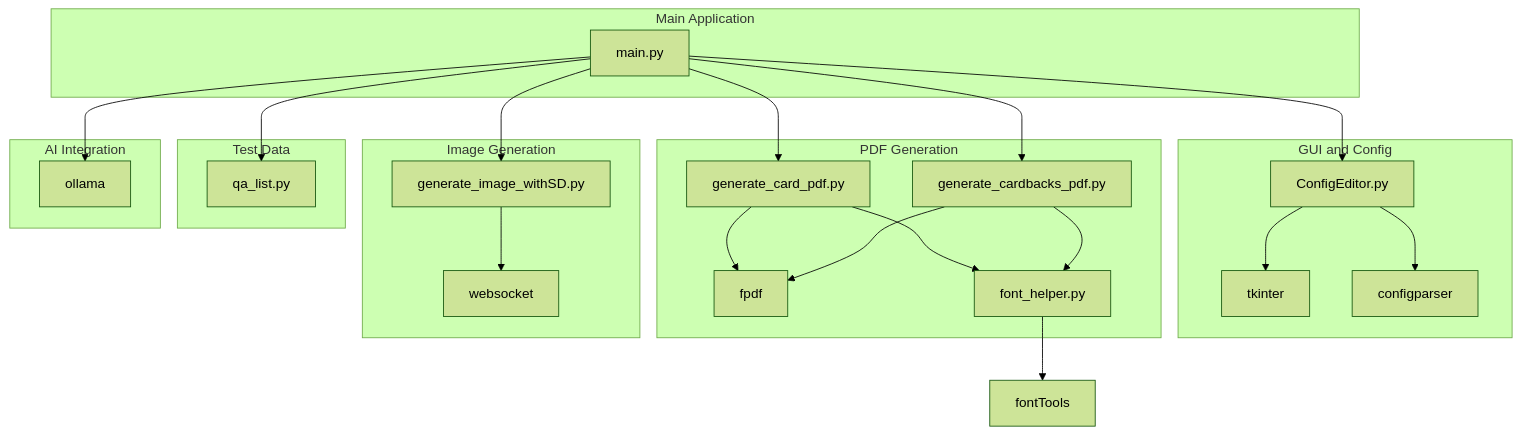
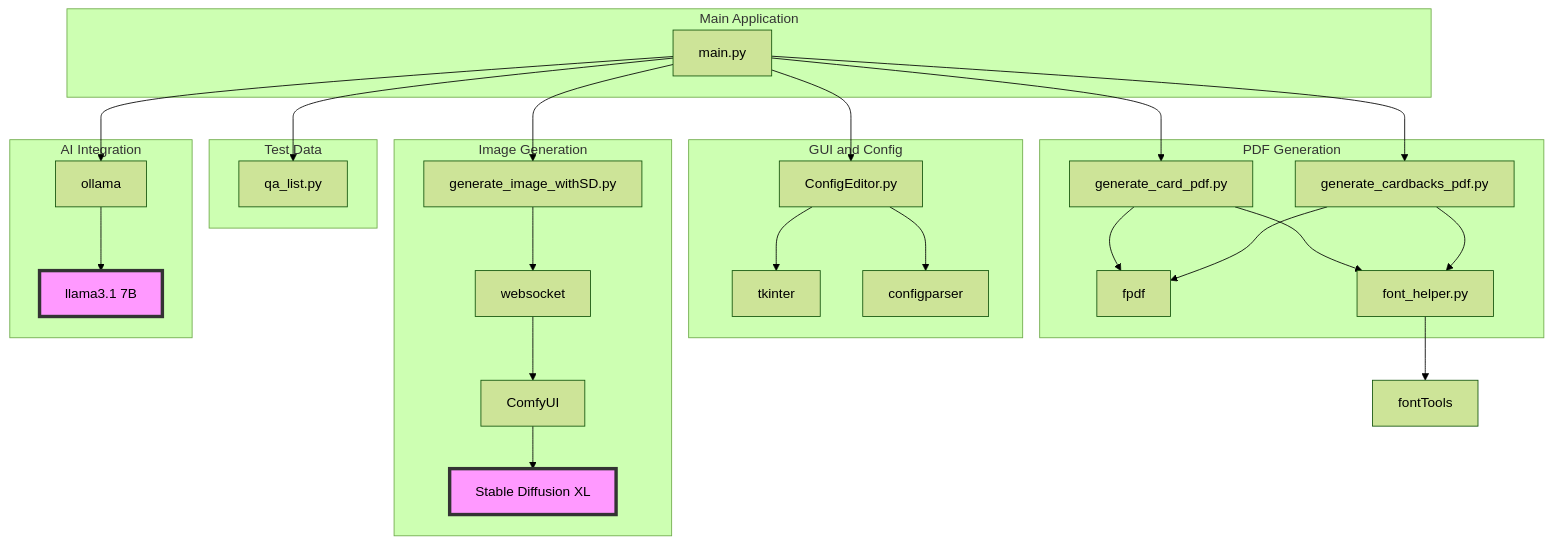
The diagram in docs/code-module-diagram.mermaid (chrisaharden/ollamagamecards), drawn with Mermaid (forest theme) before and after one commit. The commit also changed 1 other file, not shown here.

Commit message:
now has diagram showing llama3 and stable diffusion blocks

```diff
--- a/docs/code-module-diagram.mermaid
+++ b/docs/code-module-diagram.mermaid
@@ -1,51 +1,62 @@
 graph TD
     A[main.py] --> B[ConfigEditor.py]
     A --> C[generate_card_pdf.py]
     A --> D[generate_cardbacks_pdf.py]
     A --> E[generate_image_withSD.py]
     A --> F[qa_list.py]
     
     B --> G[tkinter]
     B --> H[configparser]
     
     C --> I[fpdf]
     C --> J[font_helper.py]
     
     D --> I
     D --> J
     
     E --> K[websocket]
     
     J --> L[fontTools]
     
     A --> M[ollama]
     
+    K --> N[ComfyUI]
+    N --> O[Stable Diffusion XL]
+    
+    M --> P[llama3.1 7B]
+    
     subgraph "Main Application"
         A
     end
     
     subgraph "GUI and Config"
         B
         G
         H
     end
     
     subgraph "PDF Generation"
         C
         D
         I
         J
     end
     
     subgraph "Image Generation"
         E
         K
+        N
+        O
     end
     
     subgraph "Test Data"
         F
     end
     
     subgraph "AI Integration"
         M
+        P
     end
+
+    classDef externalSystem fill:#f9f,stroke:#333,stroke-width:4px;
+    class O,P externalSystem;
```
